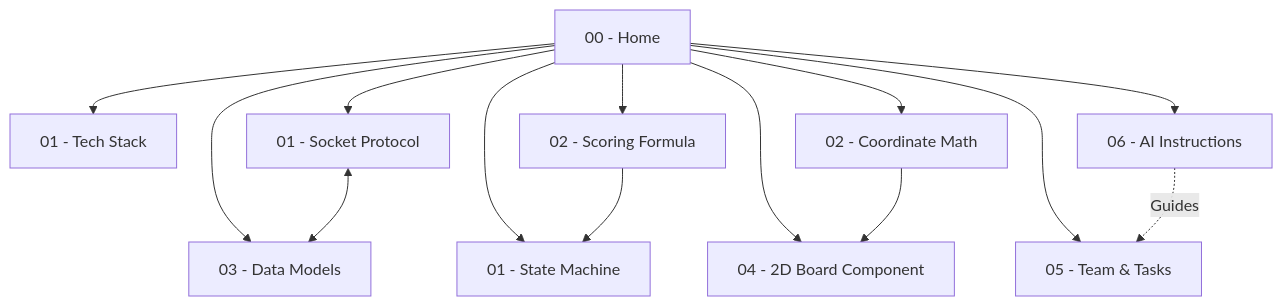
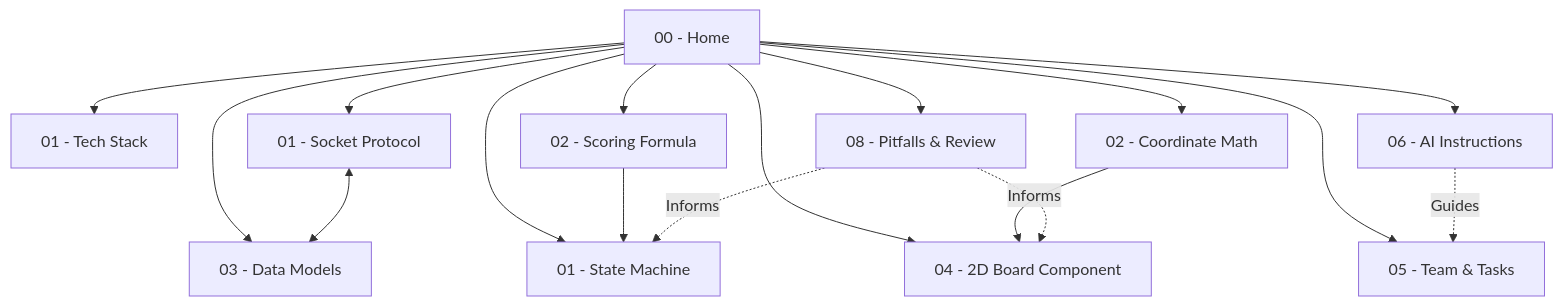
Before and after one commit to Sharpy17/psychic: the diagram in 00 - Home (Map of Content).md, drawn with Mermaid. The commit also changed other lines of this file and 5 other files, not shown here.

````diff
--- a/00 - Home (Map of Content).md
+++ b/00 - Home (Map of Content).md
@@ -5,17 +5,20 @@
 ```mermaid
 graph TD
     Home[00 - Home] --> Tech[01 - Tech Stack]
     Home --> Sockets[01 - Socket Protocol]
     Home --> State[01 - State Machine]
     Home --> Math[02 - Coordinate Math]
     Home --> Score[02 - Scoring Formula]
     Home --> Types[03 - Data Models]
     Home --> UI[04 - 2D Board Component]
     Home --> Team[05 - Team & Tasks]
     Home --> AI[06 - AI Instructions]
+    Home --> Pitfalls[08 - Pitfalls & Review]
     
     Sockets <--> Types
     Math --> UI
     Score --> State
     AI -. Guides .-> Team
+    Pitfalls -. Informs .-> State
+    Pitfalls -. Informs .-> UI
 ```
````
